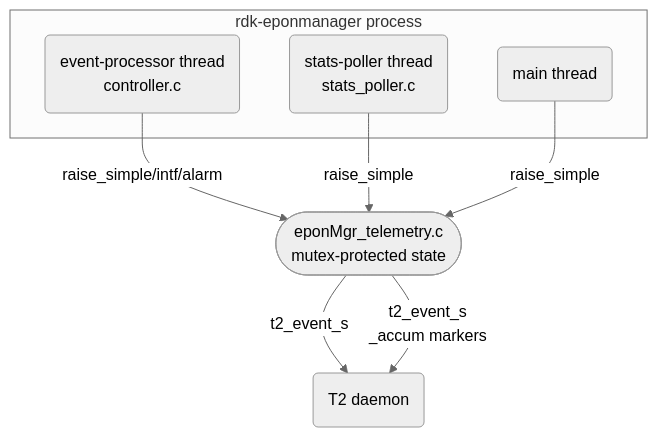
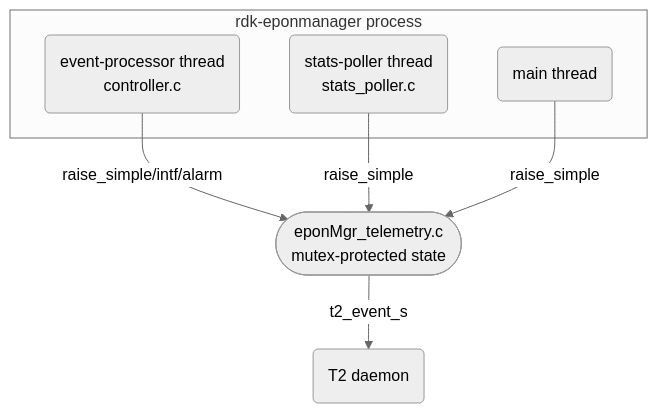
Before and after one commit to rdkcentral/epon-manager: the fifth of 6 diagrams in design_docs/07_Telemetry_Design.md, drawn with Mermaid (neutral theme). The commit also changed other lines of this file and 4 other files, not shown here.

Commit message:
docs: update error event handling to remove _accum suffix and simplify T2 event dispatching

````diff
--- a/design_docs/07_Telemetry_Design.md
+++ b/design_docs/07_Telemetry_Design.md
@@ -267,15 +240,14 @@
 ```mermaid
 flowchart TB
     subgraph proc [rdk-eponmanager process]
         MT(main thread)
         EVT(event-processor thread\ncontroller.c)
         STP(stats-poller thread\nstats_poller.c)
     end
 
     EVT -- raise_simple/intf/alarm --> TELE([eponMgr_telemetry.c\nmutex-protected state])
     STP -- raise_simple --> TELE
     MT  -- raise_simple --> TELE
 
     TELE -- t2_event_s --> T2(T2 daemon)
-    TELE -- t2_event_s\n_accum markers --> T2
 ```
````
